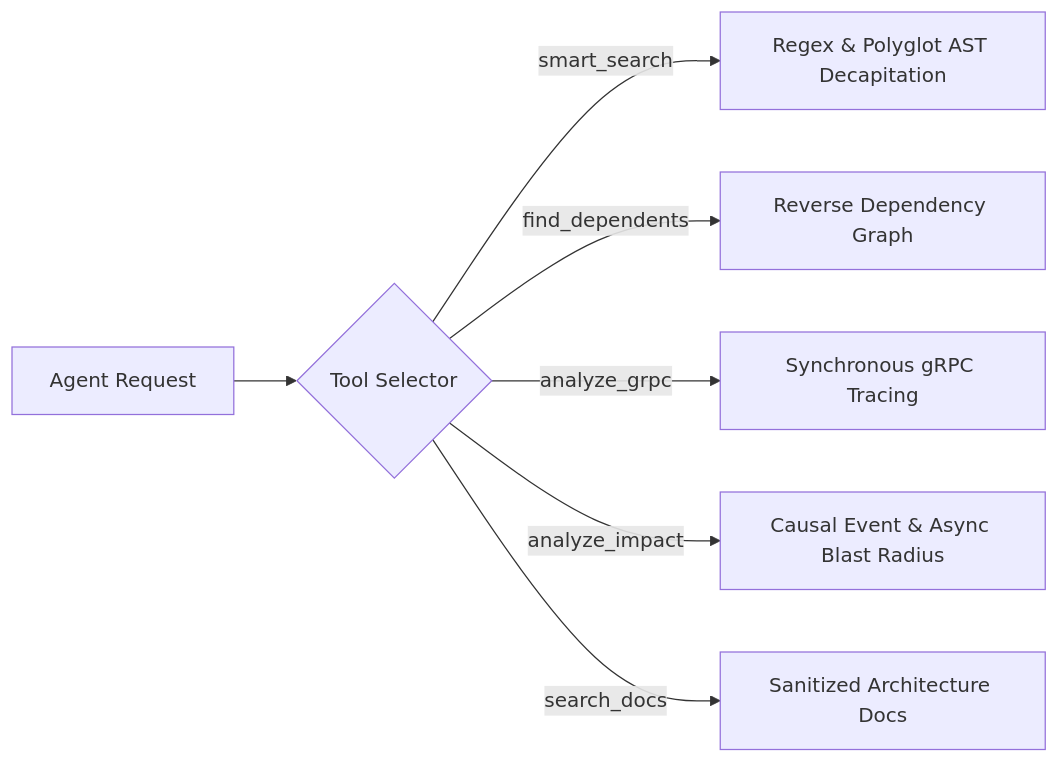
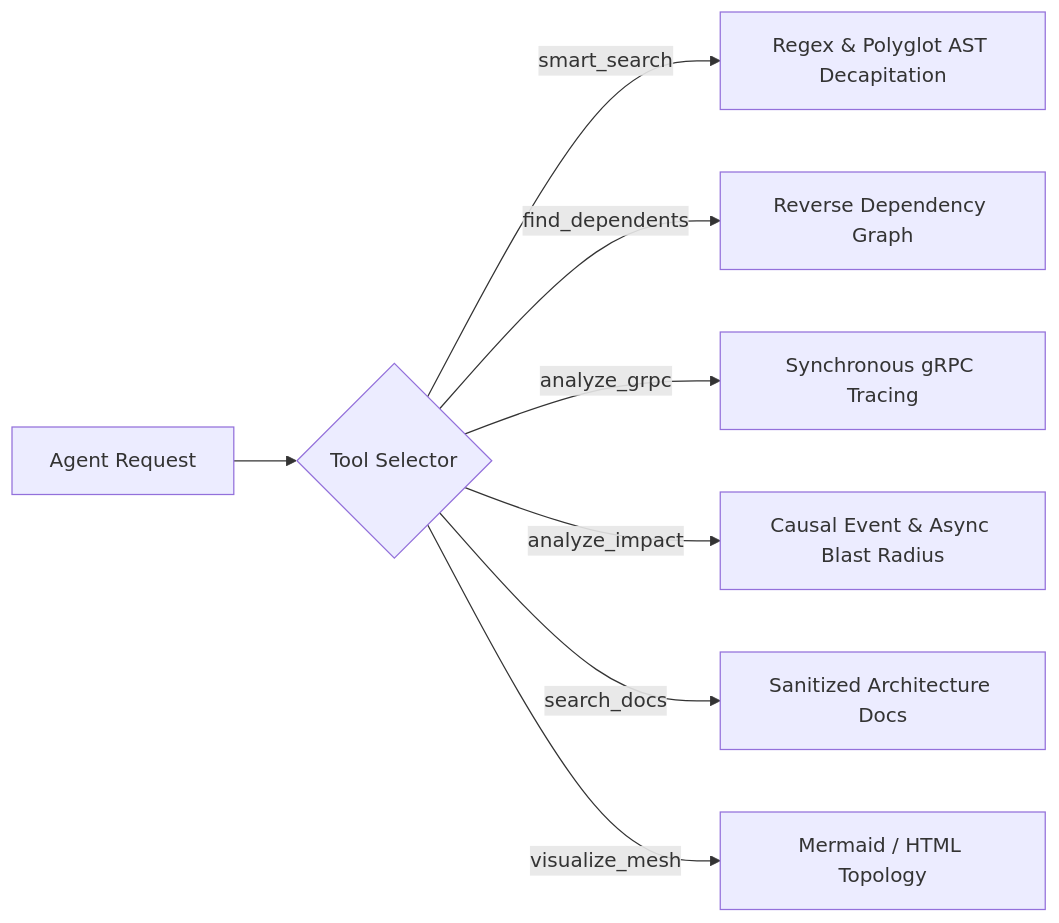
The diagram in docs/mcp-tools.md (VictorAgahi/causalmesh), drawn with Mermaid before and after one commit. The commit also changed other lines of this file and 11 other files, not shown here.

````diff
--- a/docs/mcp-tools.md
+++ b/docs/mcp-tools.md
@@ -28,9 +28,10 @@
 ```mermaid
 graph LR
     A[Agent Request] --> T{Tool Selector}
     T -->|smart_search| TS[Regex & Polyglot AST Decapitation]
     T -->|find_dependents| TD[Reverse Dependency Graph]
     T -->|analyze_grpc| TG[Synchronous gRPC Tracing]
     T -->|analyze_impact| TI[Causal Event & Async Blast Radius]
     T -->|search_docs| TDO[Sanitized Architecture Docs]
+    T -->|visualize_mesh| TV[Mermaid / HTML Topology]
 ```
````
